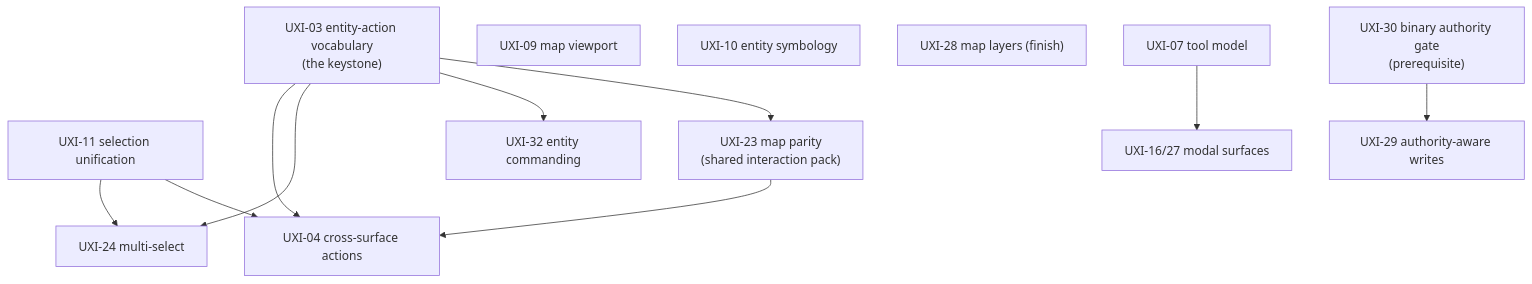
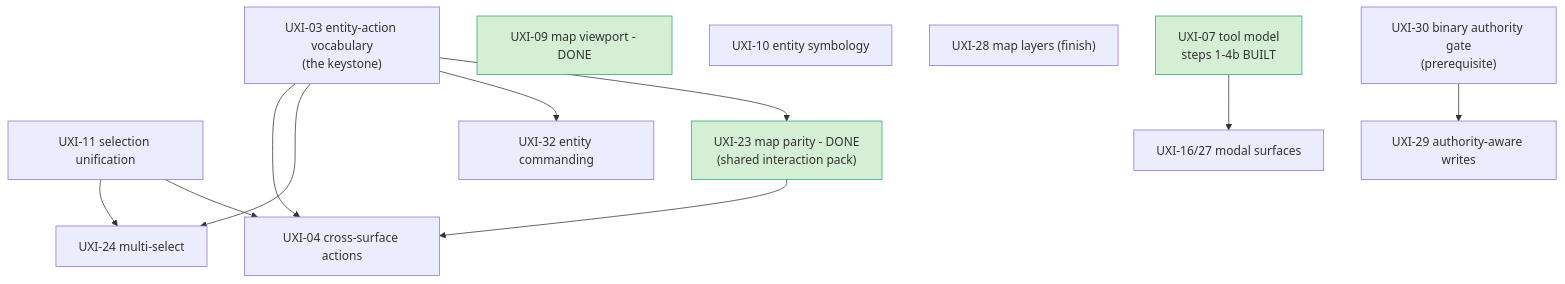
The diagram in docs/UX/PLAN_Interaction_UX_Backlog.md (pjanec/HROT), drawn with Mermaid before and after one commit. The commit also changed other lines of this file and 4 other files, not shown here.

````diff
--- a/docs/UX/PLAN_Interaction_UX_Backlog.md
+++ b/docs/UX/PLAN_Interaction_UX_Backlog.md
@@ -39,26 +90,29 @@
 ```mermaid
 graph TD
     U03["UXI-03 entity-action vocabulary<br/>(the keystone)"]
     U11["UXI-11 selection unification"]
     U04["UXI-04 cross-surface actions"]
     U24["UXI-24 multi-select"]
     U32["UXI-32 entity commanding"]
-    U23["UXI-23 map parity<br/>(shared interaction pack)"]
-    U09["UXI-09 map viewport"]
+    U23["UXI-23 map parity - DONE<br/>(shared interaction pack)"]
+    U09["UXI-09 map viewport - DONE"]
     U10["UXI-10 entity symbology"]
     U28["UXI-28 map layers (finish)"]
-    U07["UXI-07 tool model"]
+    U07["UXI-07 tool model<br/>steps 1-4b BUILT"]
     U1627["UXI-16/27 modal surfaces"]
     U30["UXI-30 binary authority gate<br/>(prerequisite)"]
     U29["UXI-29 authority-aware writes"]
 
     U03 --> U04
     U03 --> U24
     U03 --> U32
     U11 --> U24
     U03 --> U23
     U23 --> U04
     U07 --> U1627
     U30 --> U29
     U11 --> U04
+
+    classDef done fill:#d5efd5,stroke:#2a7
+    class U23,U09,U07 done
 ```
````
